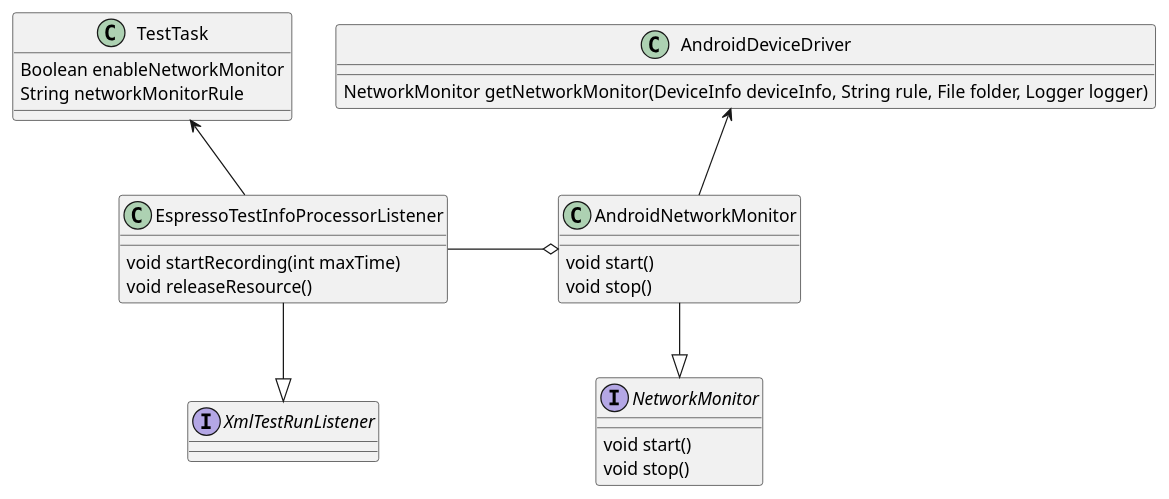
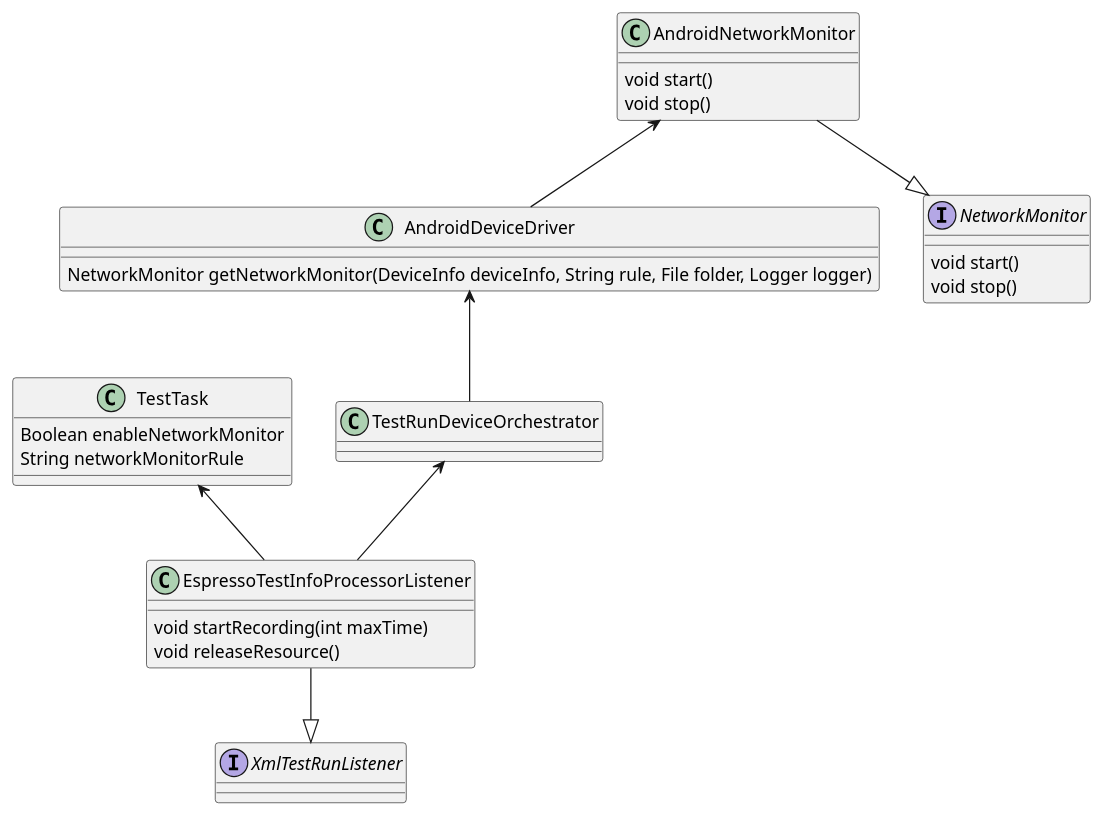
Before and after one commit to microsoft/HydraLab: the diagram in agent/doc/UML/agent_network_monitor_design.puml, drawn with PlantUML. The commit also changed 3 other files, not shown here.

```diff
--- a/agent/doc/UML/agent_network_monitor_design.puml
+++ b/agent/doc/UML/agent_network_monitor_design.puml
@@ -1,36 +1,40 @@
 @startuml agent_network_monitor_design
 
 class TestTask {
     Boolean enableNetworkMonitor
     String networkMonitorRule
+}
+
+class TestRunDeviceOrchestrator {
 }
 
 class EspressoTestInfoProcessorListener {
     void startRecording(int maxTime)
     void releaseResource()
 }
 
 interface XmlTestRunListener {
 }
 
 interface NetworkMonitor {
     void start()
     void stop()
 }
 
 class AndroidNetworkMonitor {
     void start()
     void stop()
 }
 
 class AndroidDeviceDriver {
     NetworkMonitor getNetworkMonitor(DeviceInfo deviceInfo, String rule, File folder, Logger logger)
 }
 
+EspressoTestInfoProcessorListener -u-> TestRunDeviceOrchestrator
+TestRunDeviceOrchestrator -u-> AndroidDeviceDriver
+AndroidDeviceDriver -u-> AndroidNetworkMonitor
 AndroidNetworkMonitor -d-|> NetworkMonitor
-AndroidNetworkMonitor -u-> AndroidDeviceDriver
 EspressoTestInfoProcessorListener -u-> TestTask
 EspressoTestInfoProcessorListener -d-|> XmlTestRunListener
-EspressoTestInfoProcessorListener -o AndroidNetworkMonitor
 
 @enduml
```
